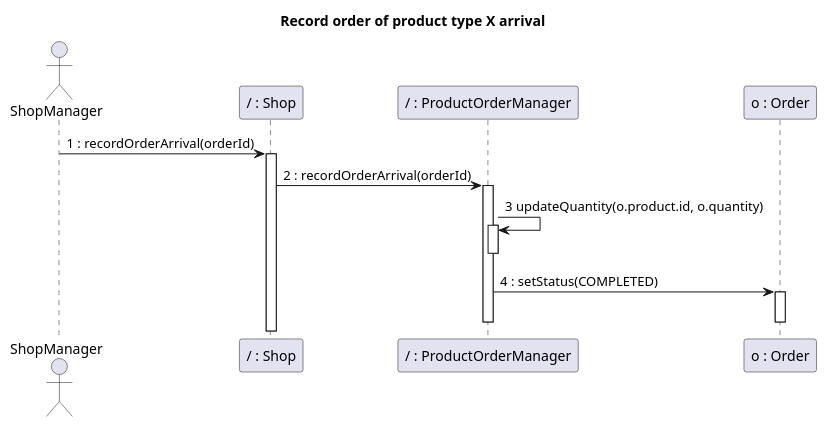
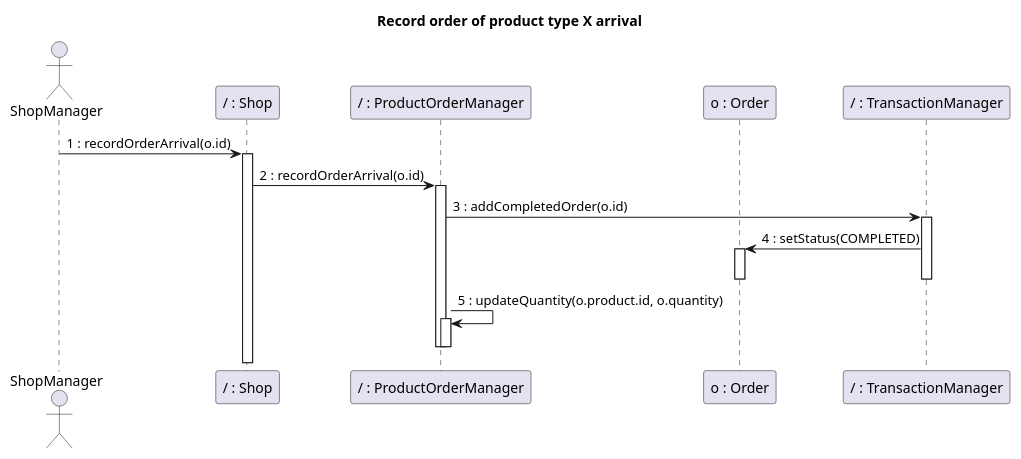
One commit to nicolabattaglino/ezshop changed diagram 11 of 32 in Deliverables/DesignDocument.md. Above: the diagram before and after it, drawn with PlantUML. The commit also changed other lines of this file, not shown here.

````diff
--- a/Deliverables/DesignDocument.md
+++ b/Deliverables/DesignDocument.md
@@ -639,24 +647,29 @@
 ```plantuml
 @startuml
 
 title Record order of product type X arrival
 actor ShopManager
 participant "/ : Shop" as Shop
 participant "/ : ProductOrderManager" as ProductOrderManager
 participant "o : Order" as Order
-ShopManager -> Shop: 1 : recordOrderArrival(orderId)
+participant "/ : TransactionManager" as TransactionManager
+ShopManager -> Shop: 1 : recordOrderArrival(o.id)
 activate Shop
-Shop -> ProductOrderManager: 2 : recordOrderArrival(orderId)
+Shop -> ProductOrderManager: 2 : recordOrderArrival(o.id)
 activate ProductOrderManager
 
-ProductOrderManager -> ProductOrderManager: 3 updateQuantity(o.product.id, o.quantity)
+
+ProductOrderManager -> TransactionManager : 3 : addCompletedOrder(o.id)
+activate TransactionManager
+TransactionManager -> Order: 4 : setStatus(COMPLETED)
+activate Order
+deactivate Order
+deactivate TransactionManager
+ProductOrderManager -> ProductOrderManager: 5 : updateQuantity(o.product.id, o.quantity)
 activate ProductOrderManager
 deactivate ProductOrderManager
-ProductOrderManager -> Order: 4 : setStatus(COMPLETED)
-activate Order
-deactivate Order
 deactivate ProductOrderManager
 
 
 @enduml
 ```
````
